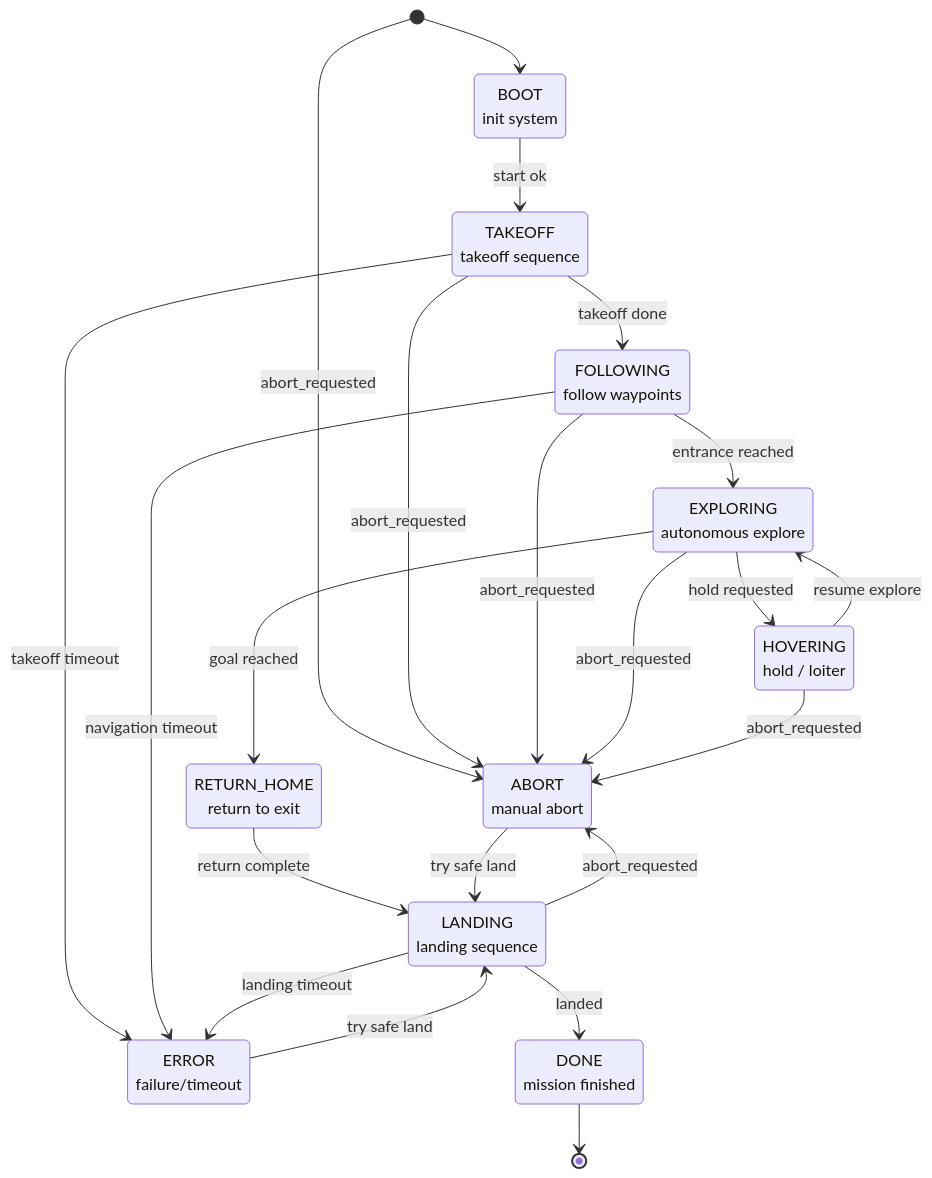
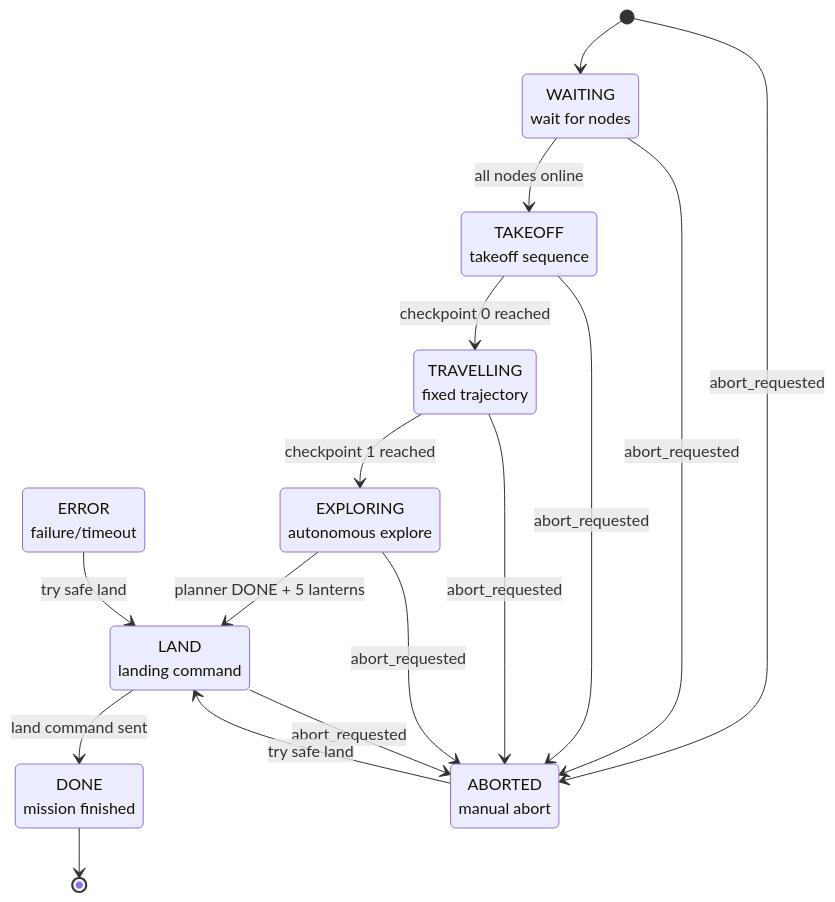
Before and after one commit to lkitzbichler/Autonomous-Systems-Sub-Terrain-Challenge-GR04: the fourth of 6 diagrams in README.md, drawn with Mermaid. The commit also changed other lines of this file and 4 other files, not shown here.

````diff
--- a/README.md
+++ b/README.md
@@ -411,42 +410,32 @@
 ```mermaid
 stateDiagram-v2
-  state "BOOT <br> init system" as BOOT
+  state "WAITING<br>wait for nodes" as WAITING
   state "TAKEOFF<br>takeoff sequence" as TAKEOFF
-  state "FOLLOWING<br>follow waypoints" as FOLLOWING
+  state "TRAVELLING<br>fixed trajectory" as TRAVELLING
   state "EXPLORING<br>autonomous explore" as EXPLORING
-  state "HOVERING<br>hold / loiter" as HOVERING
-  state "RETURN_HOME<br>return to exit" as RETURN_HOME
-  state "LANDING<br>landing sequence" as LANDING
+  state "LAND<br>landing command" as LAND
+  state "DONE<br>mission finished" as DONE
   state "ERROR<br>failure/timeout" as ERROR
-  state "ABORT<br>manual abort" as ABORT
-  state "DONE<br>mission finished" as DONE
+  state "ABORTED<br>manual abort" as ABORTED
 
-  [*] --> BOOT
-  BOOT --> TAKEOFF: start ok
-  TAKEOFF --> FOLLOWING: takeoff done
-  TAKEOFF --> ERROR: takeoff timeout
-  FOLLOWING --> EXPLORING: entrance reached
-  FOLLOWING --> ERROR: navigation timeout
-  EXPLORING --> HOVERING: hold requested
-  EXPLORING --> RETURN_HOME: goal reached
-  HOVERING --> EXPLORING: resume explore
+  [*] --> WAITING
+  WAITING --> TAKEOFF: all nodes online
+  TAKEOFF --> TRAVELLING: checkpoint 0 reached
+  TRAVELLING --> EXPLORING: checkpoint 1 reached
+  EXPLORING --> LAND: planner DONE + 5 lanterns
+  LAND --> DONE: land command sent
 
-  RETURN_HOME --> LANDING: return complete
+  %% Optional global transitions
+  [*] --> ABORTED: abort_requested
+  WAITING --> ABORTED: abort_requested
+  TAKEOFF --> ABORTED: abort_requested
+  TRAVELLING --> ABORTED: abort_requested
+  EXPLORING --> ABORTED: abort_requested
+  LAND --> ABORTED: abort_requested
 
-  LANDING --> DONE: landed
-  LANDING --> ERROR: landing timeout
-
-  %% Global transitions
-  [*] --> ABORT: abort_requested
-  TAKEOFF --> ABORT: abort_requested
-  FOLLOWING --> ABORT: abort_requested
-  EXPLORING --> ABORT: abort_requested
-  HOVERING --> ABORT: abort_requested
-  LANDING --> ABORT: abort_requested
-
-  ERROR --> LANDING: try safe land
-  ABORT --> LANDING: try safe land
+  ERROR --> LAND: try safe land
+  ABORTED --> LAND: try safe land
 
   DONE --> [*]
 
 ```
````
